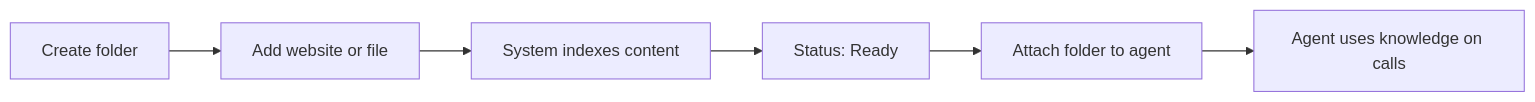
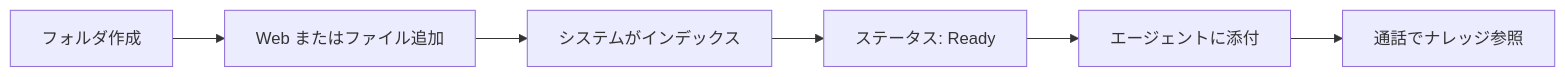
Before and after one commit to jagriti-sh11/docs: the diagram in index.mdx, drawn with Mermaid. The commit also changed other lines of this file and 15 other files, not shown here.

````diff
--- a/index.mdx
+++ b/index.mdx
@@ -25,8 +25,8 @@
 ```mermaid
 flowchart LR
-  A[Create folder] --> B[Add website or file]
-  B --> C[System indexes content]
-  C --> D[Status: Ready]
-  D --> E[Attach folder to agent]
-  E --> F[Agent uses knowledge on calls]
+  A[フォルダ作成] --> B[Web またはファイル追加]
+  B --> C[システムがインデックス]
+  C --> D[ステータス: Ready]
+  D --> E[エージェントに添付]
+  E --> F[通話でナレッジ参照]
 ```
````
